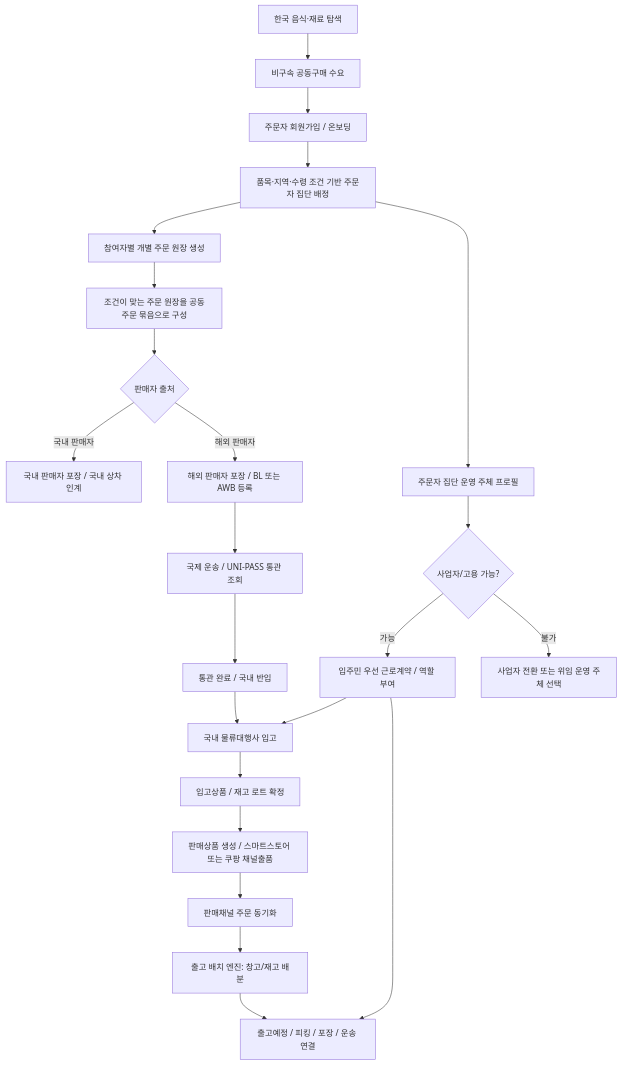
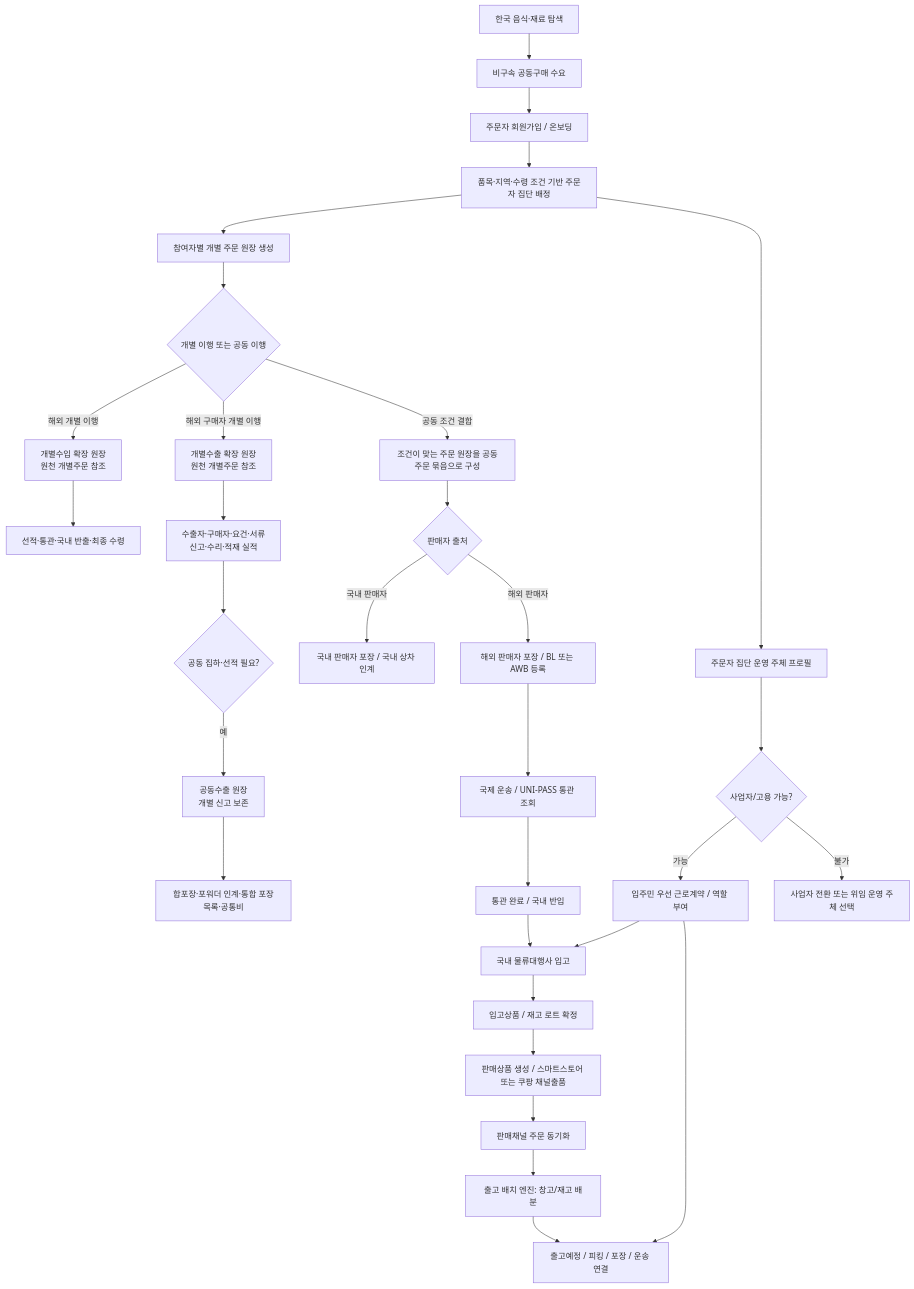
One commit to cheolwo/hongdal changed the diagram in docs/ProjectOverview/orderer-group-commerce-flows.md. Above: the diagram before and after it, drawn with Mermaid. The commit also changed other lines of this file and 153 other files, not shown here.

Commit message:
docs: align culture transport roadmap and page catalog

````diff
--- a/docs/ProjectOverview/orderer-group-commerce-flows.md
+++ b/docs/ProjectOverview/orderer-group-commerce-flows.md
@@ -28,25 +37,33 @@
 ```mermaid
 flowchart TD
     A0["한국 음식·재료 탐색"] --> A1["비구속 공동구매 수요"]
     A1 --> A["주문자 회원가입 / 온보딩"]
     A --> B["품목·지역·수령 조건 기반 주문자 집단 배정"]
     B --> C0["참여자별 개별 주문 원장 생성"]
-    C0 --> C["조건이 맞는 주문 원장을 공동주문 묶음으로 구성"]
+    C0 --> C1{"개별 이행 또는 공동 이행"}
+    C1 -->|해외 개별 이행| C2["개별수입 확장 원장<br/>원천 개별주문 참조"]
+    C2 --> C3["선적·통관·국내 반출·최종 수령"]
+    C1 -->|해외 구매자 개별 이행| X1["개별수출 확장 원장<br/>원천 개별주문 참조"]
+    X1 --> X2["수출자·구매자·요건·서류<br/>신고·수리·적재 실적"]
+    X2 --> X3{"공동 집하·선적 필요?"}
+    X3 -->|예| X4["공동수출 원장<br/>개별 신고 보존"]
+    X4 --> X5["합포장·포워더 인계·통합 포장목록·공통비"]
+    C1 -->|공동 조건 결합| C["조건이 맞는 주문 원장을 공동주문 묶음으로 구성"]
     C --> D{"판매자 출처"}
     D -->|국내 판매자| E["국내 판매자 포장 / 국내 상차 인계"]
     D -->|해외 판매자| F["해외 판매자 포장 / BL 또는 AWB 등록"]
     F --> G["국제 운송 / UNI-PASS 통관 조회"]
     G --> H["통관 완료 / 국내 반입"]
     H --> I["국내 물류대행사 입고"]
     I --> J["입고상품 / 재고 로트 확정"]
     J --> K["판매상품 생성 / 스마트스토어 또는 쿠팡 채널출품"]
     K --> L["판매채널 주문 동기화"]
     L --> M["출고 배치 엔진: 창고/재고 배분"]
     M --> N["출고예정 / 피킹 / 포장 / 운송 연결"]
     B --> O["주문자 집단 운영 주체 프로필"]
     O --> P{"사업자/고용 가능?"}
     P -->|가능| Q["입주민 우선 근로계약 / 역할 부여"]
     P -->|불가| R["사업자 전환 또는 위임 운영 주체 선택"]
     Q --> I
     Q --> N
 ```
````
